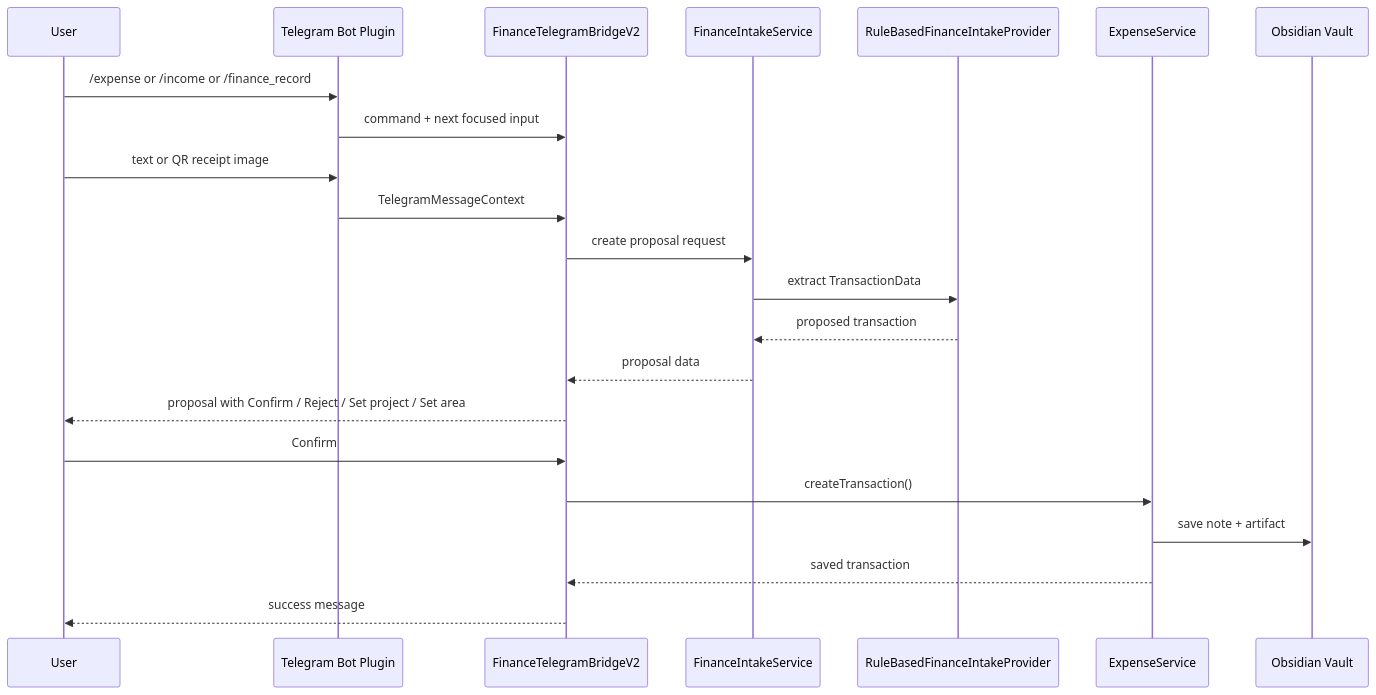
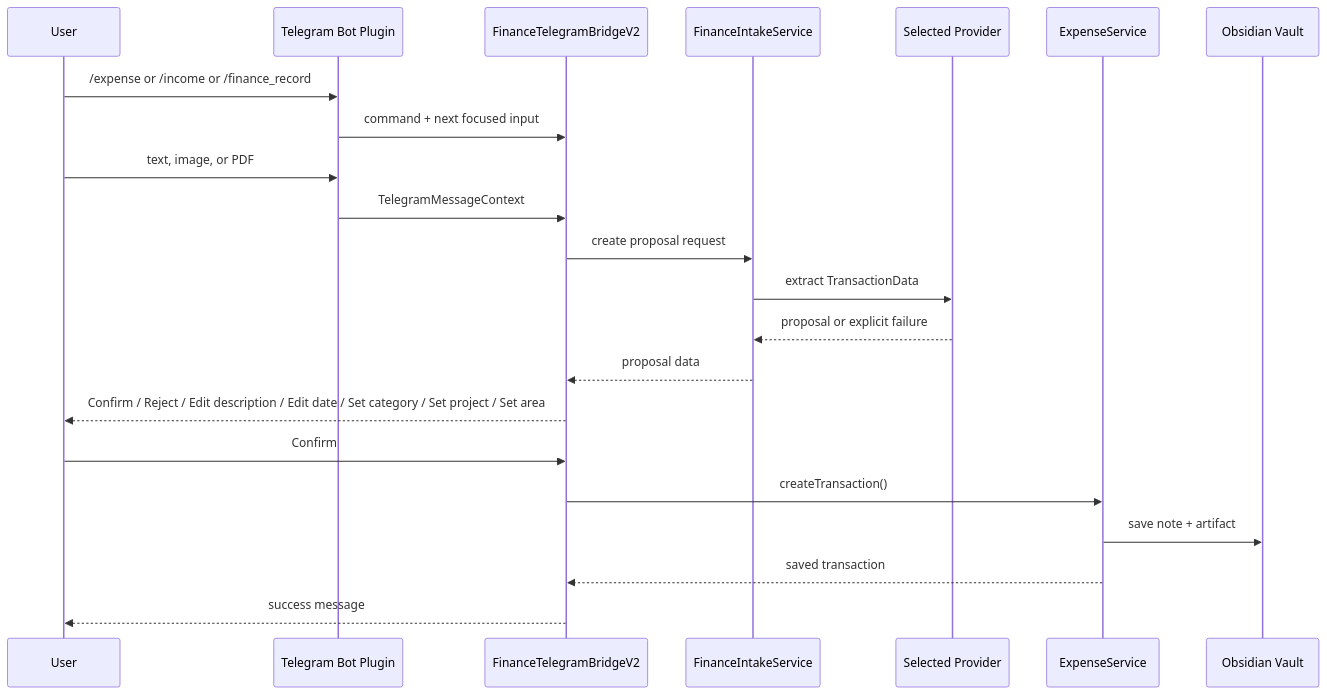
Before and after one commit to Xoanis/obsidian-expense-manager: the sixth of 6 diagrams in docs/service-architecture.md, drawn with Mermaid. The commit also changed other lines of this file and 2 other files, not shown here.

````diff
--- a/docs/service-architecture.md
+++ b/docs/service-architecture.md
@@ -119,25 +123,25 @@
 ```mermaid
 sequenceDiagram
     participant User
     participant Telegram as Telegram Bot Plugin
     participant Bridge as FinanceTelegramBridgeV2
     participant Intake as FinanceIntakeService
-    participant Provider as RuleBasedFinanceIntakeProvider
+    participant Provider as Selected Provider
     participant Expense as ExpenseService
     participant Vault as Obsidian Vault
 
     User->>Telegram: /expense or /income or /finance_record
     Telegram->>Bridge: command + next focused input
-    User->>Telegram: text or QR receipt image
+    User->>Telegram: text, image, or PDF
     Telegram->>Bridge: TelegramMessageContext
     Bridge->>Intake: create proposal request
     Intake->>Provider: extract TransactionData
-    Provider-->>Intake: proposed transaction
+    Provider-->>Intake: proposal or explicit failure
     Intake-->>Bridge: proposal data
-    Bridge-->>User: proposal with Confirm / Reject / Set project / Set area
+    Bridge-->>User: Confirm / Reject / Edit description / Edit date / Set category / Set project / Set area
     User->>Bridge: Confirm
     Bridge->>Expense: createTransaction()
     Expense->>Vault: save note + artifact
     Expense-->>Bridge: saved transaction
     Bridge-->>User: success message
 ```
````
